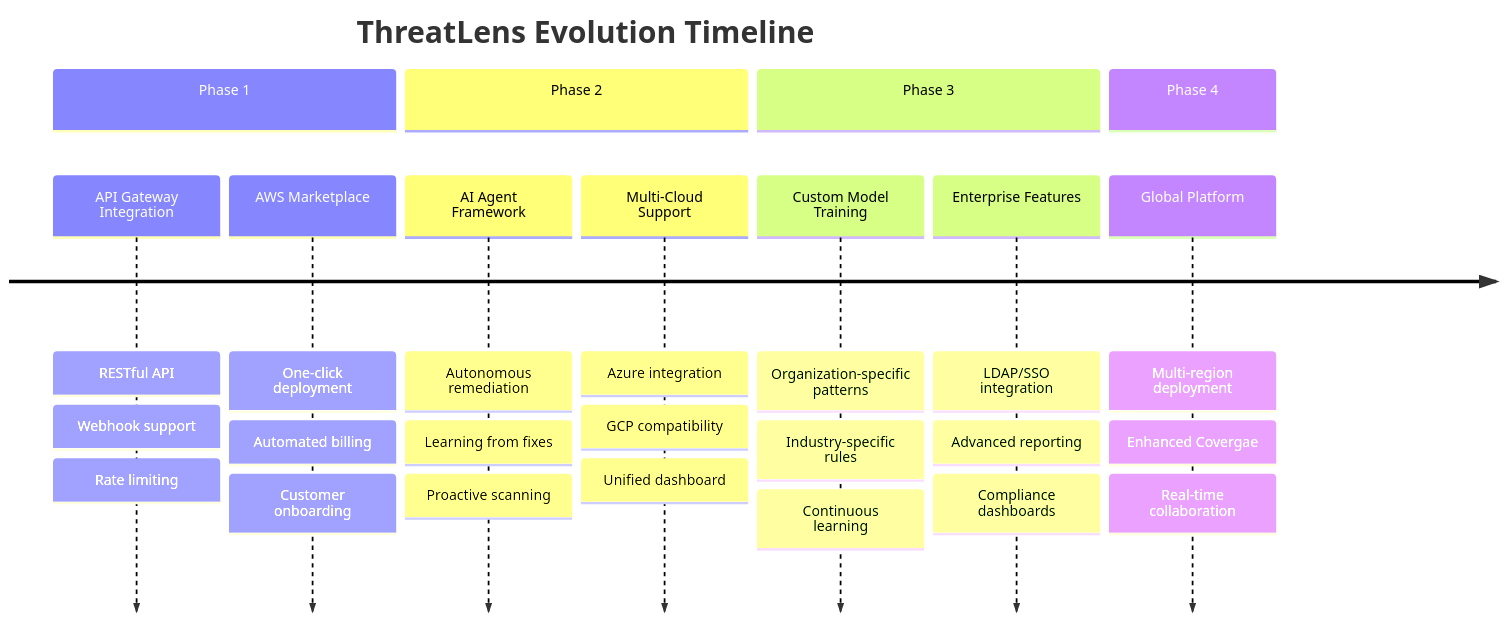
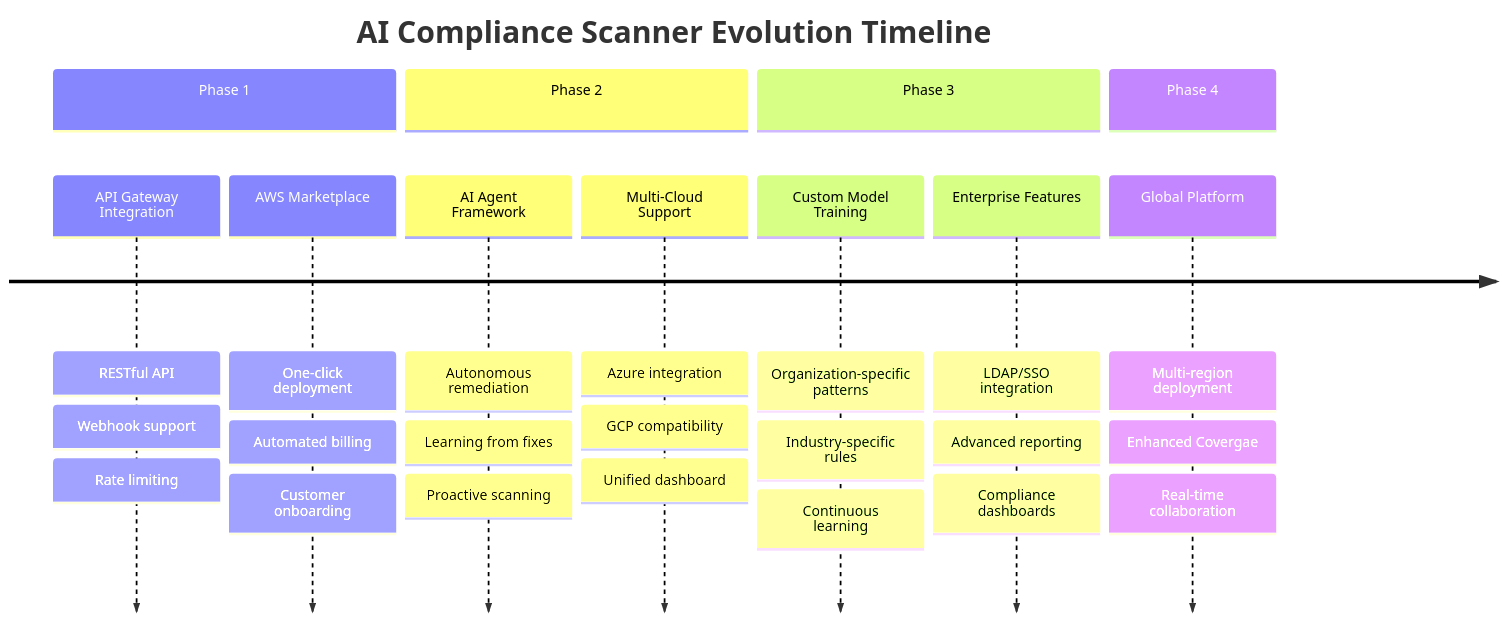
One commit to devops-captain/Ai-Ops-Ci-CD changed the diagram in docs/future-state.md. Above: the diagram before and after it, drawn with Mermaid. The commit also changed other lines of this file and 12 other files, not shown here.

````diff
--- a/docs/future-state.md
+++ b/docs/future-state.md
@@ -9,36 +9,36 @@
 ```mermaid
 timeline
-    title ThreatLens Evolution Timeline
+    title AI Compliance Scanner Evolution Timeline
     
     section Phase 1 
         API Gateway Integration : RESTful API
                                 : Webhook support
                                 : Rate limiting
         
         AWS Marketplace : One-click deployment
                         : Automated billing
                         : Customer onboarding
     
     section Phase 2 
         AI Agent Framework : Autonomous remediation
                            : Learning from fixes
                            : Proactive scanning
         
         Multi-Cloud Support : Azure integration
                             : GCP compatibility
                             : Unified dashboard
     
     section Phase 3 
         Custom Model Training : Organization-specific patterns
                               : Industry-specific rules
                               : Continuous learning
         
         Enterprise Features : LDAP/SSO integration
                             : Advanced reporting
                             : Compliance dashboards
     
     section Phase 4 
         Global Platform : Multi-region deployment
                         : Enhanced Covergae
                         : Real-time collaboration
 ```
````
